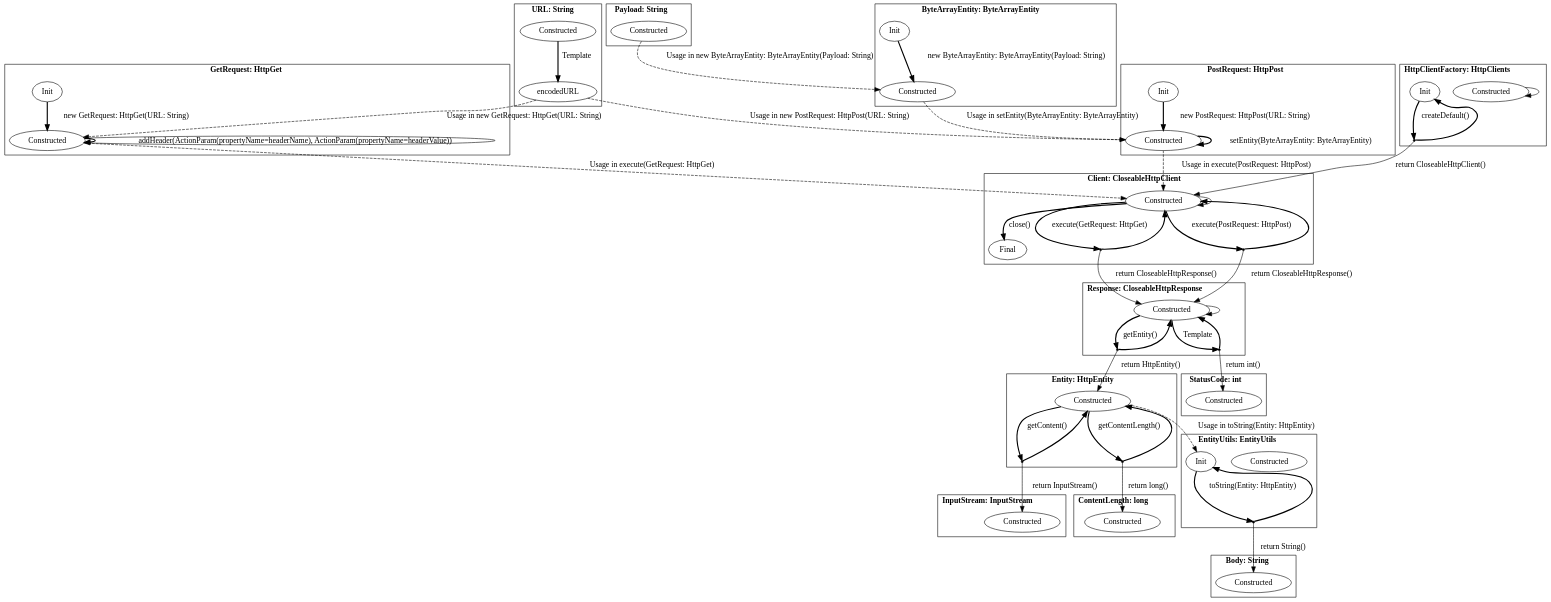
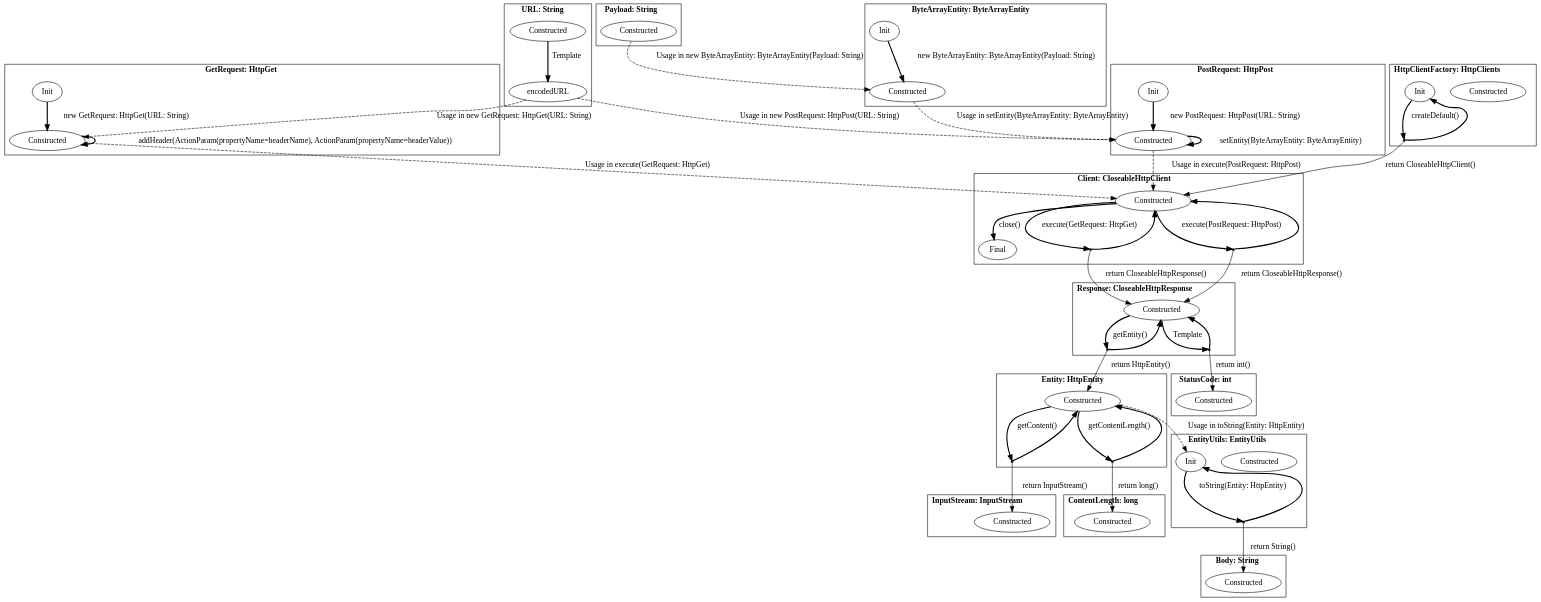
Before and after one commit to h31/LibraryMigration: the diagram in pictures/apache.dot, drawn with Graphviz. The commit also changed 12 other files, not shown here.

```diff
--- a/pictures/apache.dot
+++ b/pictures/apache.dot
@@ -1,116 +1,112 @@
 digraph G {
     bgcolor="transparent";
     subgraph cluster0 {
     label = <<B>URL: String</B>>;
         Constructed_URL [ label="Constructed" ];
         encodedURL_URL [ label="encodedURL" ];
     }
     subgraph cluster1 {
     label = <<B>GetRequest: HttpGet</B>>;
         Constructed_GetRequest [ label="Constructed" ];
         Init_GetRequest [ label="Init" ];
     }
     subgraph cluster2 {
     label = <<B>Client: CloseableHttpClient</B>>;
         Constructed_Client [ label="Constructed" ];
         Final_Client [ label="Final" ];
         virtual0 [ shape = point ];
         virtual1 [ shape = point ];
     }
     subgraph cluster3 {
     label = <<B>Response: CloseableHttpResponse</B>>;
         Constructed_Response [ label="Constructed" ];
         virtual2 [ shape = point ];
         virtual3 [ shape = point ];
     }
     subgraph cluster4 {
     label = <<B>Body: String</B>>;
         Constructed_Body [ label="Constructed" ];
     }
     subgraph cluster5 {
     label = <<B>HttpClientFactory: HttpClients</B>>;
         Constructed_HttpClientFactory [ label="Constructed" ];
         Init_HttpClientFactory [ label="Init" ];
         virtual4 [ shape = point ];
     }
     subgraph cluster6 {
     label = <<B>InputStream: InputStream</B>>;
         Constructed_InputStream [ label="Constructed" ];
     }
     subgraph cluster7 {
     label = <<B>ContentLength: long</B>>;
         Constructed_ContentLength [ label="Constructed" ];
     }
     subgraph cluster8 {
     label = <<B>Entity: HttpEntity</B>>;
         Constructed_Entity [ label="Constructed" ];
         virtual5 [ shape = point ];
         virtual6 [ shape = point ];
     }
     subgraph cluster9 {
     label = <<B>EntityUtils: EntityUtils</B>>;
         Constructed_EntityUtils [ label="Constructed" ];
         Init_EntityUtils [ label="Init" ];
         virtual7 [ shape = point ];
     }
     subgraph cluster10 {
     label = <<B>StatusCode: int</B>>;
         Constructed_StatusCode [ label="Constructed" ];
     }
     subgraph cluster11 {
     label = <<B>ByteArrayEntity: ByteArrayEntity</B>>;
         Constructed_ByteArrayEntity [ label="Constructed" ];
         Init_ByteArrayEntity [ label="Init" ];
     }
     subgraph cluster12 {
     label = <<B>Payload: String</B>>;
         Constructed_Payload [ label="Constructed" ];
     }
     subgraph cluster13 {
     label = <<B>PostRequest: HttpPost</B>>;
         Constructed_PostRequest [ label="Constructed" ];
         Init_PostRequest [ label="Init" ];
     }
         Constructed_URL -> encodedURL_URL [ label="Template", style = "bold"  ];
         encodedURL_URL -> Constructed_GetRequest [ label="Usage in new GetRequest: HttpGet(URL: String)", style = "dashed"  ];
         encodedURL_URL -> Constructed_PostRequest [ label="Usage in new PostRequest: HttpPost(URL: String)", style = "dashed"  ];
         Init_GetRequest -> Constructed_GetRequest [ label="new GetRequest: HttpGet(URL: String)", style = "bold"  ];
         Constructed_GetRequest -> Constructed_GetRequest [ label="addHeader(ActionParam(propertyName&#x3D;headerName), ActionParam(propertyName&#x3D;headerValue))", style = "bold"  ];
         Constructed_GetRequest -> Constructed_Client [ label="Usage in execute(GetRequest: HttpGet)", style = "dashed"  ];
-        Constructed_GetRequest -> Constructed_GetRequest [ label="", style = "solid"  ];
         Constructed_Client -> virtual0 [ style = "bold" label="execute(GetRequest: HttpGet)"  ];
         virtual0 -> Constructed_Client [ style = "bold"  ];
         virtual0 -> Constructed_Response [ label="return CloseableHttpResponse()"  ];
         Constructed_Client -> virtual1 [ style = "bold" label="execute(PostRequest: HttpPost)"  ];
         virtual1 -> Constructed_Client [ style = "bold"  ];
         virtual1 -> Constructed_Response [ label="return CloseableHttpResponse()"  ];
         Constructed_Client -> Final_Client [ label="close()", style = "bold"  ];
-        Constructed_Client -> Constructed_Client [ label="", style = "solid"  ];
         Constructed_Response -> virtual2 [ style = "bold" label="getEntity()"  ];
         virtual2 -> Constructed_Response [ style = "bold"  ];
         virtual2 -> Constructed_Entity [ label="return HttpEntity()"  ];
         Constructed_Response -> virtual3 [ style = "bold" label="Template"  ];
         virtual3 -> Constructed_Response [ style = "bold"  ];
         virtual3 -> Constructed_StatusCode [ label="return int()"  ];
-        Constructed_Response -> Constructed_Response [ label="", style = "solid"  ];
         Init_HttpClientFactory -> virtual4 [ style = "bold" label="createDefault()"  ];
         virtual4 -> Init_HttpClientFactory [ style = "bold"  ];
         virtual4 -> Constructed_Client [ label="return CloseableHttpClient()"  ];
-        Constructed_HttpClientFactory -> Constructed_HttpClientFactory [ label="", style = "solid"  ];
         Constructed_Entity -> Init_EntityUtils [ label="Usage in toString(Entity: HttpEntity)", style = "dashed"  ];
         Constructed_Entity -> virtual5 [ style = "bold" label="getContent()"  ];
         virtual5 -> Constructed_Entity [ style = "bold"  ];
         virtual5 -> Constructed_InputStream [ label="return InputStream()"  ];
         Constructed_Entity -> virtual6 [ style = "bold" label="getContentLength()"  ];
         virtual6 -> Constructed_Entity [ style = "bold"  ];
         virtual6 -> Constructed_ContentLength [ label="return long()"  ];
         Init_EntityUtils -> virtual7 [ style = "bold" label="toString(Entity: HttpEntity)"  ];
         virtual7 -> Init_EntityUtils [ style = "bold"  ];
         virtual7 -> Constructed_Body [ label="return String()"  ];
         Init_ByteArrayEntity -> Constructed_ByteArrayEntity [ label="new ByteArrayEntity: ByteArrayEntity(Payload: String)", style = "bold"  ];
         Constructed_ByteArrayEntity -> Constructed_PostRequest [ label="Usage in setEntity(ByteArrayEntity: ByteArrayEntity)", style = "dashed"  ];
         Constructed_Payload -> Constructed_ByteArrayEntity [ label="Usage in new ByteArrayEntity: ByteArrayEntity(Payload: String)", style = "dashed"  ];
         Init_PostRequest -> Constructed_PostRequest [ label="new PostRequest: HttpPost(URL: String)", style = "bold"  ];
         Constructed_PostRequest -> Constructed_Client [ label="Usage in execute(PostRequest: HttpPost)", style = "dashed"  ];
         Constructed_PostRequest -> Constructed_PostRequest [ label="setEntity(ByteArrayEntity: ByteArrayEntity)", style = "bold"  ];
 }
```
